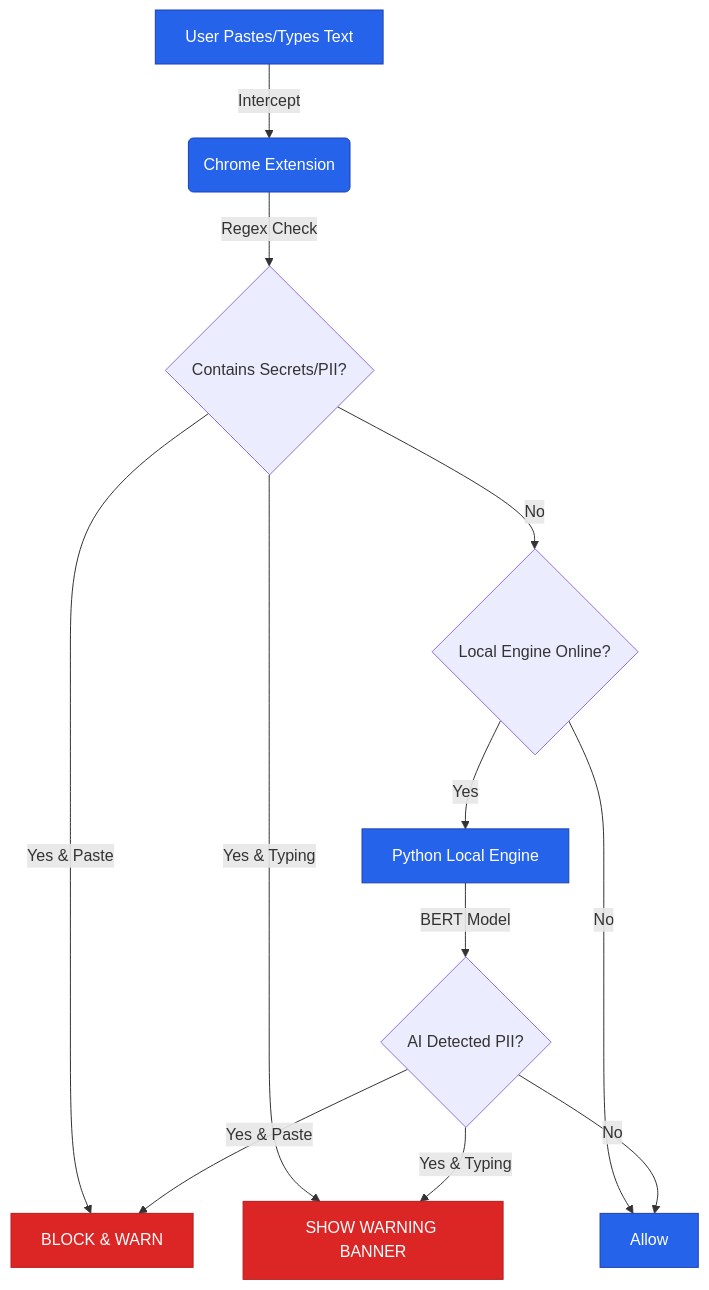
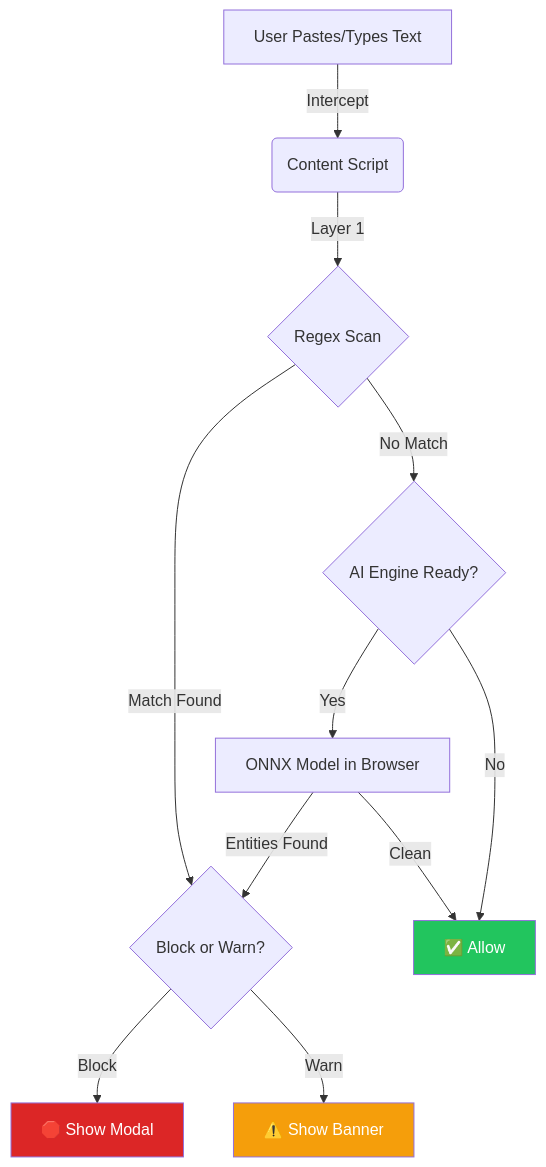
Before and after one commit to privacyshield-ai/privacy-firewall: the diagram in README.md, drawn with Mermaid. The commit also changed other lines of this file and 27 other files, not shown here.

Commit message:
PrivacyFirewall Browser based NER transformer model, added settings page as well.. Lots of other improvements

````diff
--- a/README.md
+++ b/README.md
@@ -56,17 +58,17 @@
 ```mermaid
 graph TD
-    A[User Pastes/Types Text]:::blueNode -->|Intercept| B(Chrome Extension):::blueNode
-    B -->|Regex Check| C{Contains Secrets/PII?}
-    C -->|Yes & Paste| D[BLOCK & WARN]:::redNode
-    C -->|Yes & Typing| E[SHOW WARNING BANNER]:::redNode
-    C -->|No| F{Local Engine Online?}
-    F -->|No| G[Allow]:::blueNode
-    F -->|Yes| H[Python Local Engine]:::blueNode
-    H -->|BERT Model| I{AI Detected PII?}
-    I -->|Yes & Paste| D
-    I -->|Yes & Typing| E
-    I -->|No| G
+    A[User Pastes/Types Text] -->|Intercept| B(Content Script)
+    B -->|Layer 1| C{Regex Scan}
+    C -->|Match Found| D{Block or Warn?}
+    D -->|Block| E[🛑 Show Modal]
+    D -->|Warn| F[⚠️ Show Banner]
+    C -->|No Match| G{AI Engine Ready?}
+    G -->|Yes| H[ONNX Model in Browser]
+    H -->|Entities Found| D
+    H -->|Clean| I[✅ Allow]
+    G -->|No| I
 
-    classDef blueNode fill:#2563eb,stroke:#1e40af,color:#fff
-    classDef redNode fill:#dc2626,stroke:#b91c1c,color:#fff
+    style E fill:#dc2626,color:#fff
+    style F fill:#f59e0b,color:#fff
+    style I fill:#22c55e,color:#fff
 ```
````
